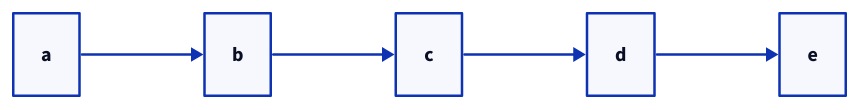
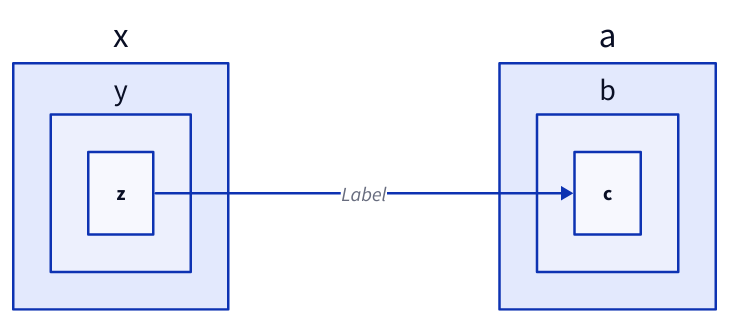
One commit to stereobooster/beoe changed the diagram in packages/docs/src/content/docs/diagrams/d2.mdx. Above: the diagram before and after it, drawn with D2. The commit also changed other lines of this file and 3 other files, not shown here.

````diff
--- a/packages/docs/src/content/docs/diagrams/d2.mdx
+++ b/packages/docs/src/content/docs/diagrams/d2.mdx
@@ -13,4 +13,4 @@
-```d2 strategy=inline darkScheme=false graphFormat=dagre class=shadow svgo=false
+```d2
 direction: right
-a -> b -> c -> d -> e
+x.y.z -> a.b.c: Label
 ```
````
